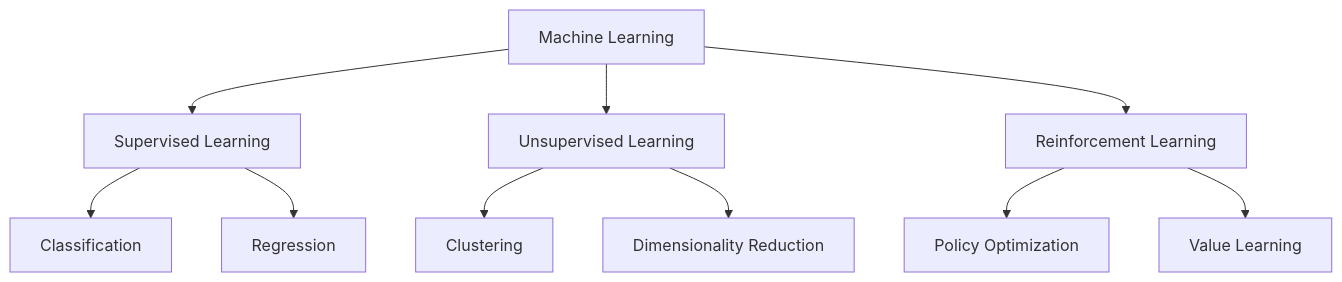
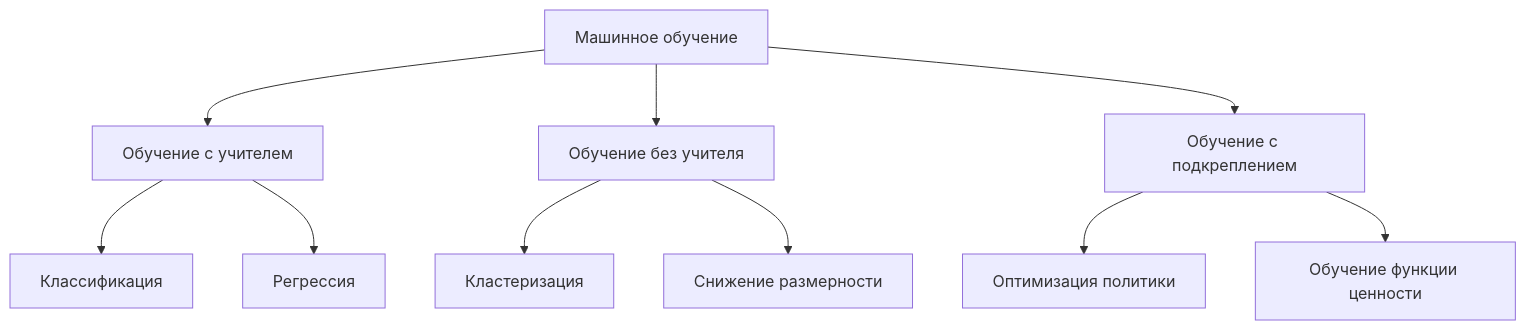
Before and after one commit to stabuev/ai-engineering-from-scratch: the second of 6 diagrams in phases/02-ml-fundamentals/01-what-is-machine-learning/docs/ru.md, drawn with Mermaid. The commit also changed other lines of this file and 22 other files, not shown here.

````diff
--- a/phases/02-ml-fundamentals/01-what-is-machine-learning/docs/ru.md
+++ b/phases/02-ml-fundamentals/01-what-is-machine-learning/docs/ru.md
@@ -56,15 +56,15 @@
 ```mermaid
 flowchart TD
-    ML[Machine Learning] --> SL[Supervised Learning]
-    ML --> UL[Unsupervised Learning]
-    ML --> RL[Reinforcement Learning]
+    ML[Машинное обучение] --> SL[Обучение с учителем]
+    ML --> UL[Обучение без учителя]
+    ML --> RL[Обучение с подкреплением]
 
-    SL --> C[Classification]
-    SL --> R[Regression]
+    SL --> C[Классификация]
+    SL --> R[Регрессия]
 
-    UL --> CL[Clustering]
-    UL --> DR[Dimensionality Reduction]
+    UL --> CL[Кластеризация]
+    UL --> DR[Снижение размерности]
 
-    RL --> PO[Policy Optimization]
-    RL --> VL[Value Learning]
+    RL --> PO[Оптимизация политики]
+    RL --> VL[Обучение функции ценности]
 ```
````
